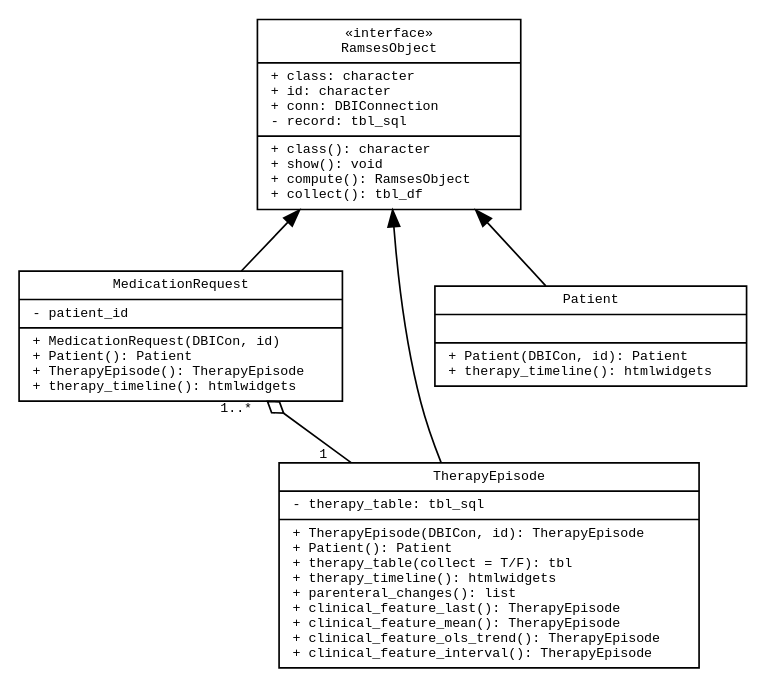
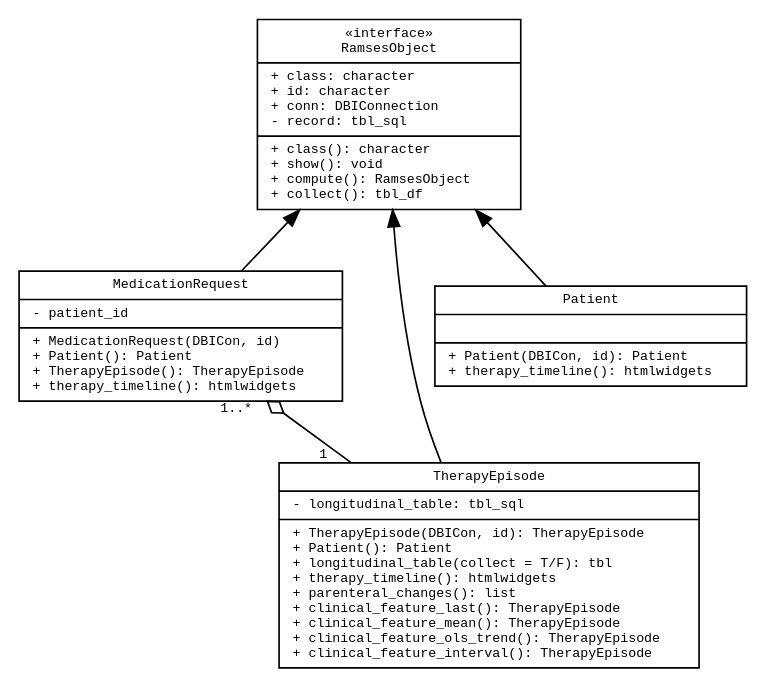
Before and after one commit to ramses-antibiotics/ramses-package: the diagram in vignettes/ramses-objects/ramses-med-class-diagram.gv, drawn with Graphviz. The commit also changed 15 other files, not shown here.

Commit message:
refactor therapy_table slots and methods to longitudinal_table in support of feature #86

```diff
--- a/vignettes/ramses-objects/ramses-med-class-diagram.gv
+++ b/vignettes/ramses-objects/ramses-med-class-diagram.gv
@@ -1,160 +1,154 @@
 digraph G {
   
 
   node [
           fontname = "monospace"
           shape = "record"
           width = 1.5
           fontsize = 8
   ]
 
   edge [
           fontname = "monospace"
           fontsize = 8
   ]
 
 # arrowheads
 # Association open
 # Inheritance empty
 # Realisation/implementation empty + style=dashed
 # Dependency open + style=dashed
 # Aggregation odiamond
 # Composition diamond
 
 
 # Interface
 RamsesObject [
   width = 2.2
   label = "{«interface»\n
   RamsesObject|
   + class: character\l
   + id: character\l
   + conn: DBIConnection\l
   - record: tbl_sql\l|
   
   + class(): character\l
   + show(): void\l
   + compute(): RamsesObject\l
   + collect(): tbl_df\l}"
 ]
 
 /*
 Prescription [
   width = 3
   label = "{Prescription|
   - prescription_type: \{\"mono\", \"combo\"\}\l
   - medication_requests\l
   + therapy_id: character\l|
   
   + Prescription(DBICon., id): Prescription\l
   + Patient(): Patient\l
   + TherapyEpisode(): TherapyEpisode\l
   + prescription_type(): \{\"mono\", \"combo\"\}\l
   + medication_requests(): list\l
   + therapy_timeline(): htmlwidgets\l}"
 ]
 
 Prescription_Mono [
   label = "{Prescription_Mono|
   - type: \"mono\"\l
   }"
 ]
 
 Prescription_Combo [
   label = "{Prescription_Combo|
   - type: \"combo\"\l
   }"
 ]
 */
 
 MedicationRequest [
   width = 2.7
   label = "{MedicationRequest|
   - patient_id\l|
   
   + MedicationRequest(DBICon, id)\l
   + Patient(): Patient\l
   + TherapyEpisode(): TherapyEpisode\l
   + therapy_timeline(): htmlwidgets\l}"
   
   # + Clinician(): Clinician\l
   #  + Prescription(): Prescription\l
 ]
 
 TherapyEpisode [
   width = 3.5
   label = "{TherapyEpisode|
-  - therapy_table: tbl_sql\l|
+  - longitudinal_table: tbl_sql\l|
   
   + TherapyEpisode(DBICon, id): TherapyEpisode\l
   + Patient(): Patient\l
-  + therapy_table(collect = T/F): tbl\l
+  + longitudinal_table(collect = T/F): tbl\l
   + therapy_timeline(): htmlwidgets\l
   + parenteral_changes(): list\l
   + clinical_feature_last(): TherapyEpisode\l
   + clinical_feature_mean(): TherapyEpisode\l
   + clinical_feature_ols_trend(): TherapyEpisode\l
   + clinical_feature_interval(): TherapyEpisode\l}"
 #  + medication_request(): list\l}"
 ]
 
 Patient [
   width = 2.6
   label = "{Patient|
   \l|
   + Patient(DBICon, id): Patient\l
   + therapy_timeline(): htmlwidgets\l}"
 ]
 
 /*
 Clinician [
   width = 2.5
   label = "{Clinician|
   \l|
   + Clinician(DBICon, id): Clinician\l
   + get_specialty(): character\l
   + get_lead_clinician: Clinician\l}"
 ]*/
-
-/*
-TherapyList [
-label = "{TherapyList|\l+ id: list\l+ type: \"therapy-list\"\l- TherapyTable: tbl\l+ lazy_status: boolean\l|+ fetch(): data.frame\l + therapy_table(): list\l}"
-]
-*/
 
 
 /*RamsesObject -> Prescription [dir=back]
 Prescription -> Prescription_Mono [dir=back]
 Prescription -> Prescription_Combo [dir=back]*/
 RamsesObject -> MedicationRequest [dir=back]
 
 RamsesObject -> Patient [dir=back]
 /*RamsesObject -> Clinician [dir=back]*/
 RamsesObject -> TherapyEpisode [dir=back]
 
 TherapyEpisode -> MedicationRequest [ constraint=false
   arrowhead=odiamond
   headlabel = "1..*  "
   taillabel = "1   "]
 /*Prescription_Mono -> MedicationRequest [ constraint=false
   arrowhead=odiamond
   headlabel = "1..*       "
   taillabel = "1"]
 Prescription_Combo -> MedicationRequest [
   arrowhead=odiamond
   headlabel = "2..*    "
   taillabel = "1"]*/
 
 
 /*Patient -> Clinician [ style = invis ]; 
 TherapyEpisode -> Clinician  [ style = invis ]; */
 Patient -> TherapyEpisode  [ style = invis ]; 
 
 
 /*
 TherapyEpisode -> TherapyList [constraint=false
   arrowtail=odiamond
   headlabel = "2..*  "
   taillabel = "0..*  "]
 */  
 }
```
